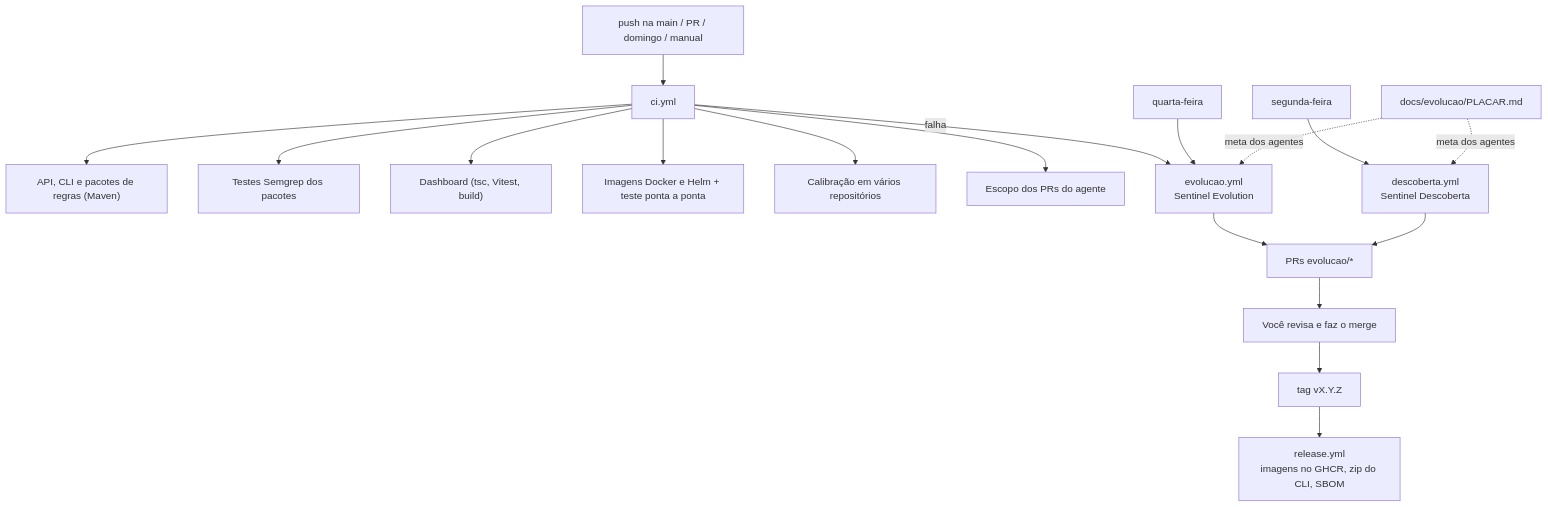
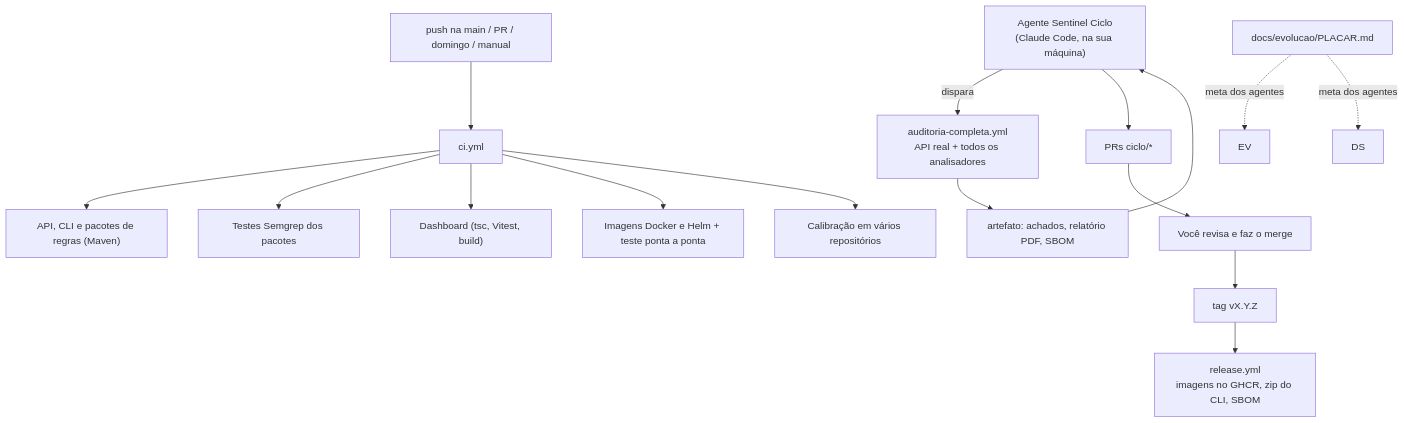
Before and after one commit to joaopaulosistemas/sentinel: diagram 14 of 14 in docs/arquitetura/ARQUITETURA.md, drawn with Mermaid. The commit also changed other lines of this file and 24 other files, not shown here.

First line of the commit message:
feat: agente Sentinel Ciclo e auditoria completa; remove Evolution e Descoberta (12.45.0) (#124)

````diff
--- a/docs/arquitetura/ARQUITETURA.md
+++ b/docs/arquitetura/ARQUITETURA.md
@@ -595,19 +595,17 @@
 ```mermaid
 flowchart TB
     PUSH["push na main / PR / domingo / manual"] --> CI["ci.yml"]
     CI --> J1["API, CLI e pacotes de regras (Maven)"]
     CI --> J2["Testes Semgrep dos pacotes"]
     CI --> J3["Dashboard (tsc, Vitest, build)"]
     CI --> J4["Imagens Docker e Helm + teste ponta a ponta"]
     CI --> J5["Calibração em vários repositórios"]
-    CI --> J6["Escopo dos PRs do agente"]
-    CI -- "falha" --> EV["evolucao.yml\nSentinel Evolution"]
-    QUA["quarta-feira"] --> EV
-    SEG["segunda-feira"] --> DS["descoberta.yml\nSentinel Descoberta"]
-    EV --> PRS["PRs evolucao/*"]
-    DS --> PRS
+    AG["Agente Sentinel Ciclo\n(Claude Code, na sua máquina)"] -- "dispara" --> AC["auditoria-completa.yml\nAPI real + todos os analisadores"]
+    AC --> ART["artefato: achados, relatório PDF, SBOM"]
+    ART --> AG
+    AG --> PRS["PRs ciclo/*"]
     PRS --> HUM["Você revisa e faz o merge"]
     HUM --> TAG["tag vX.Y.Z"] --> REL["release.yml\nimagens no GHCR, zip do CLI, SBOM"]
     PL["docs/evolucao/PLACAR.md"] -. "meta dos agentes" .-> EV
     PL -. "meta dos agentes" .-> DS
 ```
````
